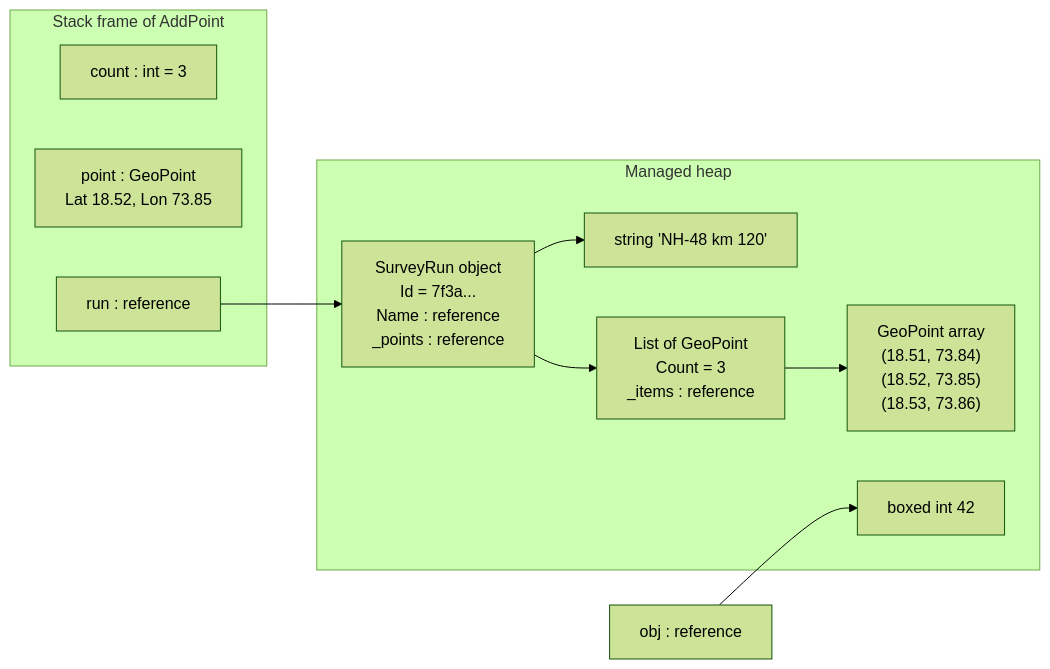
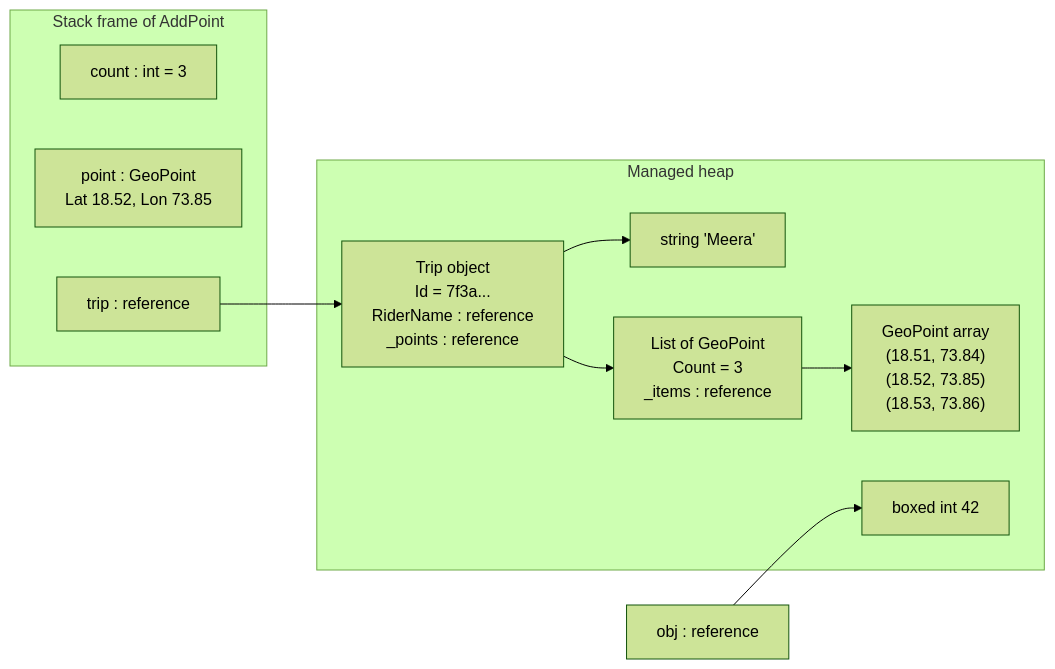
The first of 2 diagrams in content/lessons/m01/m01-value-reference-memory.md (rizwi0786/system-design-lab), drawn with Mermaid (forest theme) before and after one commit. The commit also changed other lines of this file and 334 other files, not shown here.

````diff
--- a/content/lessons/m01/m01-value-reference-memory.md
+++ b/content/lessons/m01/m01-value-reference-memory.md
@@ -236,21 +236,21 @@
 ```mermaid
 flowchart LR
     subgraph Stack["Stack frame of AddPoint"]
         n["count : int = 3"]
         p["point : GeoPoint<br/>Lat 18.52, Lon 73.85"]
-        r["run : reference"]
+        r["trip : reference"]
     end
     subgraph Heap["Managed heap"]
-        sr["SurveyRun object<br/>Id = 7f3a...<br/>Name : reference<br/>_points : reference"]
-        s["string 'NH-48 km 120'"]
+        sr["Trip object<br/>Id = 7f3a...<br/>RiderName : reference<br/>_points : reference"]
+        s["string 'Meera'"]
         l["List of GeoPoint<br/>Count = 3<br/>_items : reference"]
         arr["GeoPoint array<br/>(18.51, 73.84)<br/>(18.52, 73.85)<br/>(18.53, 73.86)"]
         b["boxed int 42"]
     end
     o["obj : reference"]
     r --> sr
     sr --> s
     sr --> l
     l --> arr
     o --> b
 ```
````
